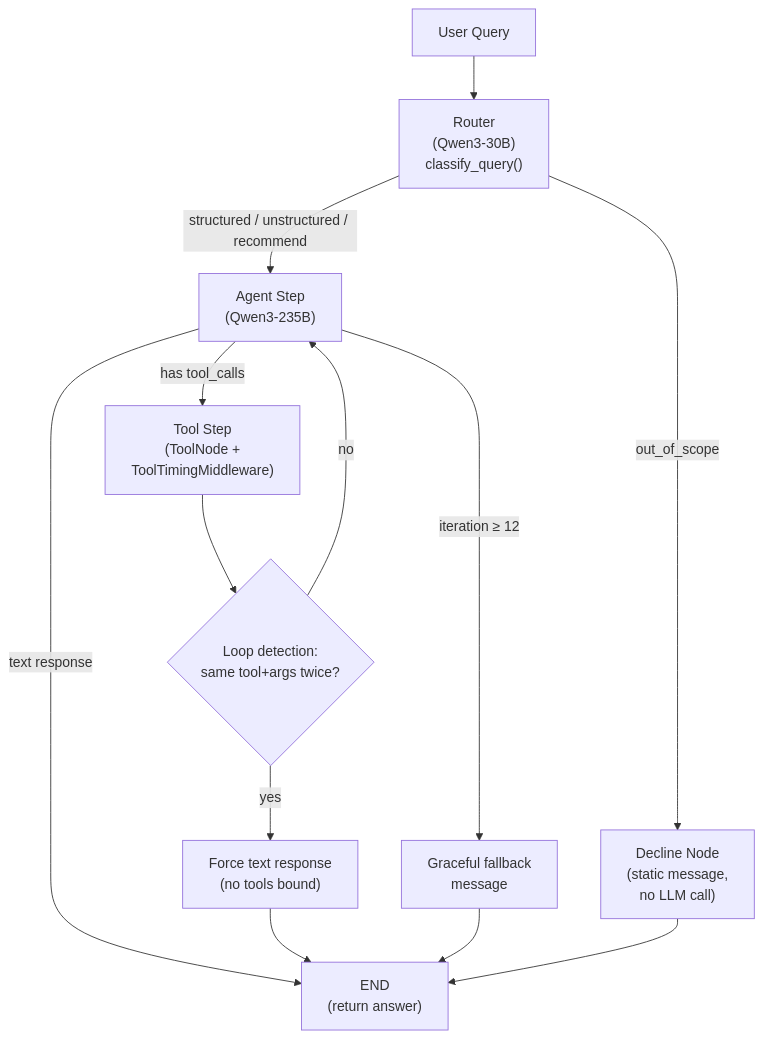
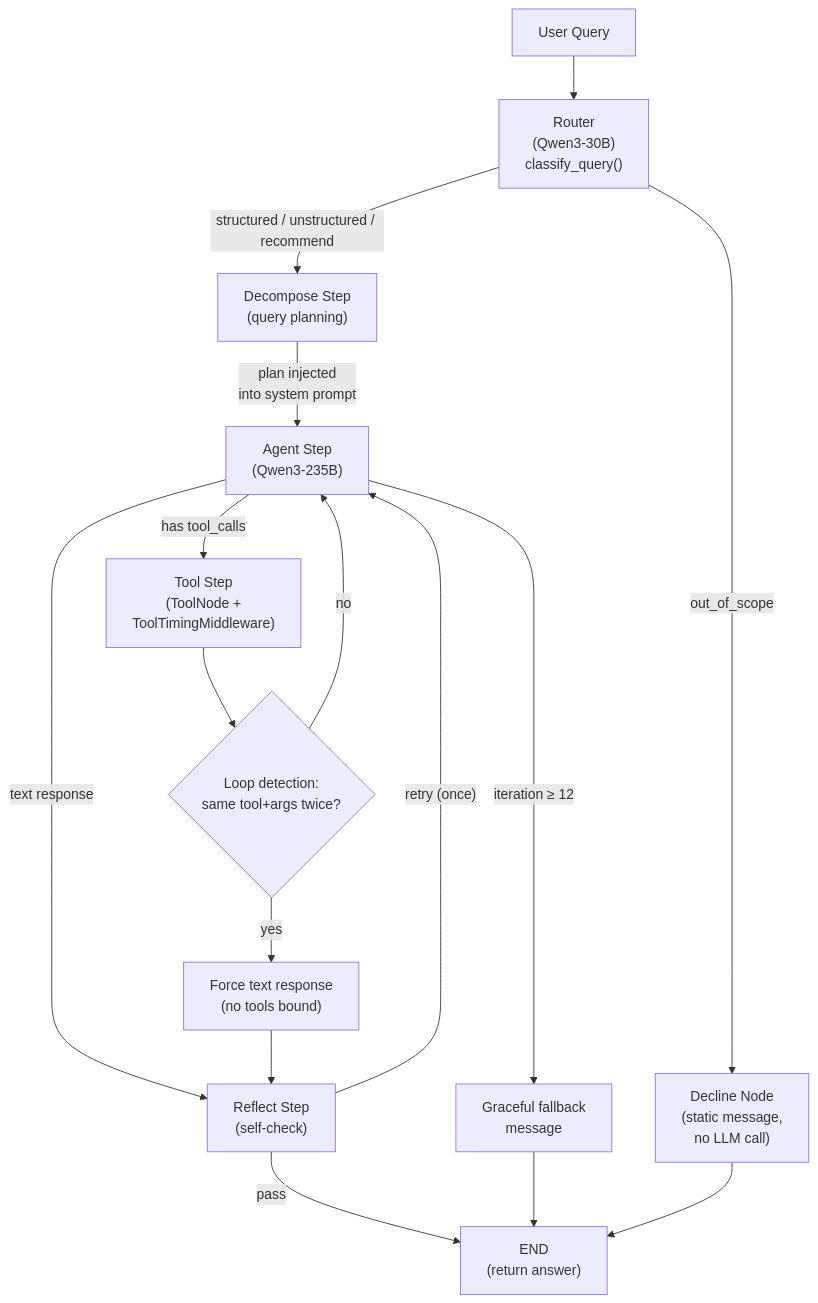
Before and after one commit to ilyaka-gmx/ilyaka-cs-data-analyst-agent: the third of 6 diagrams in docs/architecture.md, drawn with Mermaid. The commit also changed other lines of this file and 35 other files, not shown here.

````diff
--- a/docs/architecture.md
+++ b/docs/architecture.md
@@ -122,20 +140,25 @@
 ```mermaid
 flowchart TD
     Q["User Query"] --> Router["Router<br/>(Qwen3-30B)<br/>classify_query()"]
 
     Router -->|out_of_scope| Decline["Decline Node<br/>(static message,<br/>no LLM call)"]
-    Router -->|structured / unstructured / recommend| AgentStep["Agent Step<br/>(Qwen3-235B)"]
+    Router -->|structured / unstructured / recommend| Decompose["Decompose Step<br/>(query planning)"]
+
+    Decompose -->|plan injected<br/>into system prompt| AgentStep["Agent Step<br/>(Qwen3-235B)"]
 
     AgentStep -->|has tool_calls| ToolStep["Tool Step<br/>(ToolNode +<br/>ToolTimingMiddleware)"]
-    AgentStep -->|text response| Done["END<br/>(return answer)"]
+    AgentStep -->|text response| Reflect["Reflect Step<br/>(self-check)"]
 
     ToolStep --> LoopCheck{"Loop detection:<br/>same tool+args twice?"}
     LoopCheck -->|no| AgentStep
     LoopCheck -->|yes| ForceText["Force text response<br/>(no tools bound)"]
-    ForceText --> Done
+    ForceText --> Reflect
+
+    Reflect -->|"pass"| Done["END<br/>(return answer)"]
+    Reflect -->|"retry (once)"| AgentStep
 
     AgentStep -->|iteration ≥ 12| Fallback["Graceful fallback<br/>message"]
     Fallback --> Done
 
     Decline --> Done
 ```
````
